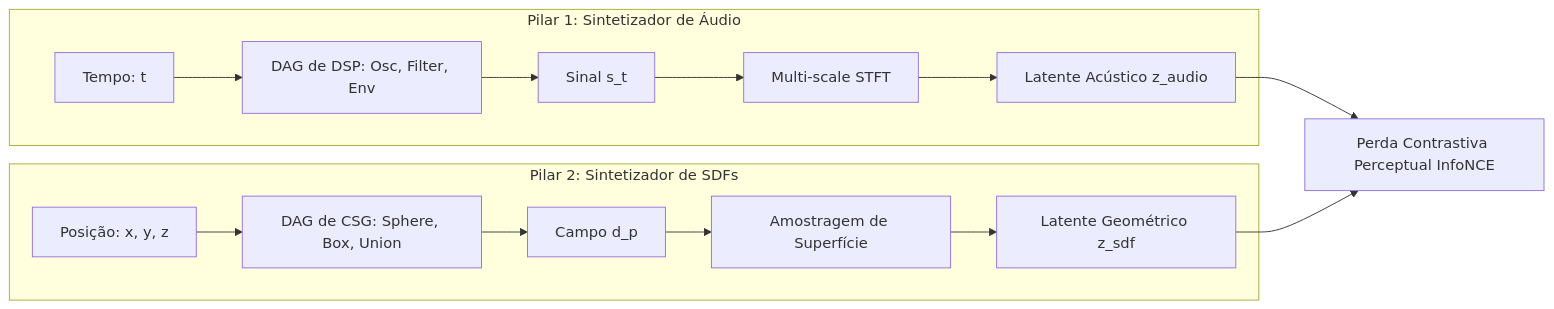
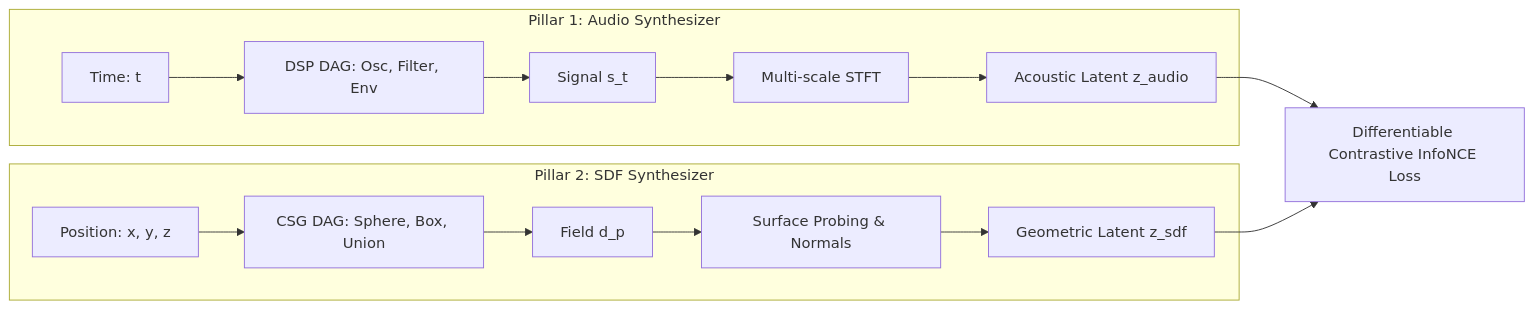
Before and after one commit to racoci/symforge: the second of 2 diagrams in conductor/tracks/curriculum_abstraction_remote_training_202505/spec.md, drawn with Mermaid. The commit also changed other lines of this file and 12 other files, not shown here.

Commit message:
docs: translate README and complete architecture documentation to English

````diff
--- a/conductor/tracks/curriculum_abstraction_remote_training_202505/spec.md
+++ b/conductor/tracks/curriculum_abstraction_remote_training_202505/spec.md
@@ -105,19 +105,19 @@
 ```mermaid
 graph LR
-    subgraph AudioDomain [Pilar 1: Sintetizador de Áudio]
-        A_IN[Tempo: t] --> A_PROG[DAG de DSP: Osc, Filter, Env]
-        A_PROG --> A_OUT[Sinal s_t]
+    subgraph AudioDomain [Pillar 1: Audio Synthesizer]
+        A_IN[Time: t] --> A_PROG[DSP DAG: Osc, Filter, Env]
+        A_PROG --> A_OUT[Signal s_t]
         A_OUT --> A_SPEC[Multi-scale STFT]
-        A_SPEC --> A_LAT[Latente Acústico z_audio]
+        A_SPEC --> A_LAT[Acoustic Latent z_audio]
     end
 
-    subgraph SDFDomain [Pilar 2: Sintetizador de SDFs]
-        S_IN[Posição: x, y, z] --> S_PROG[DAG de CSG: Sphere, Box, Union]
-        S_PROG --> S_OUT[Campo d_p]
-        S_OUT --> S_REND[Amostragem de Superfície]
-        S_REND --> S_LAT[Latente Geométrico z_sdf]
+    subgraph SDFDomain [Pillar 2: SDF Synthesizer]
+        S_IN[Position: x, y, z] --> S_PROG[CSG DAG: Sphere, Box, Union]
+        S_PROG --> S_OUT[Field d_p]
+        S_OUT --> S_REND[Surface Probing & Normals]
+        S_REND --> S_LAT[Geometric Latent z_sdf]
     end
 
-    A_LAT --> LOSS_UNI[Perda Contrastiva Perceptual InfoNCE]
+    A_LAT --> LOSS_UNI[Differentiable Contrastive InfoNCE Loss]
     S_LAT --> LOSS_UNI
 ```
````
